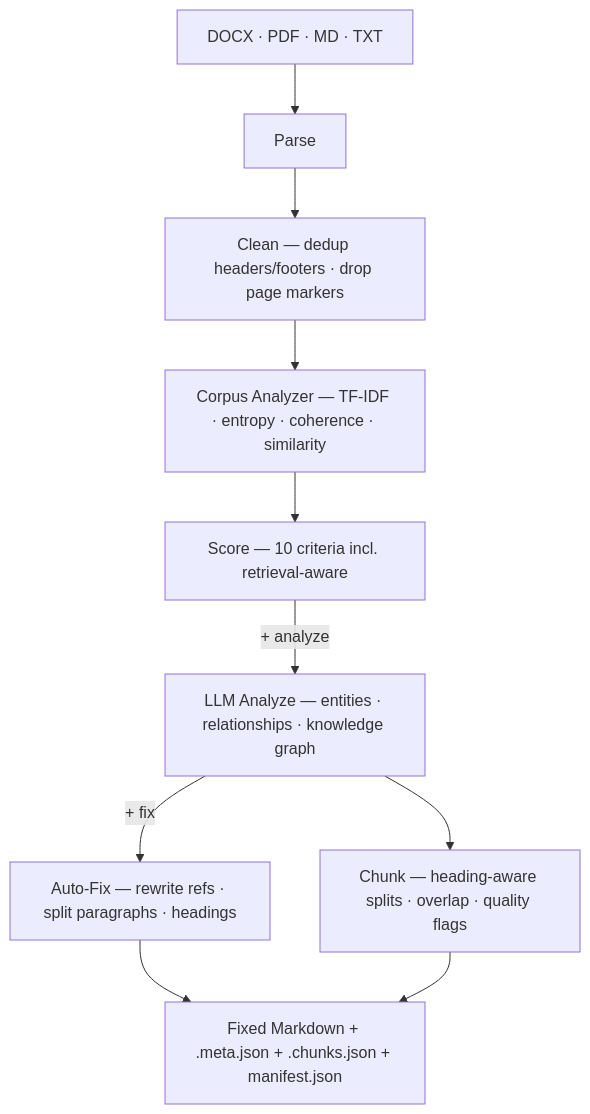
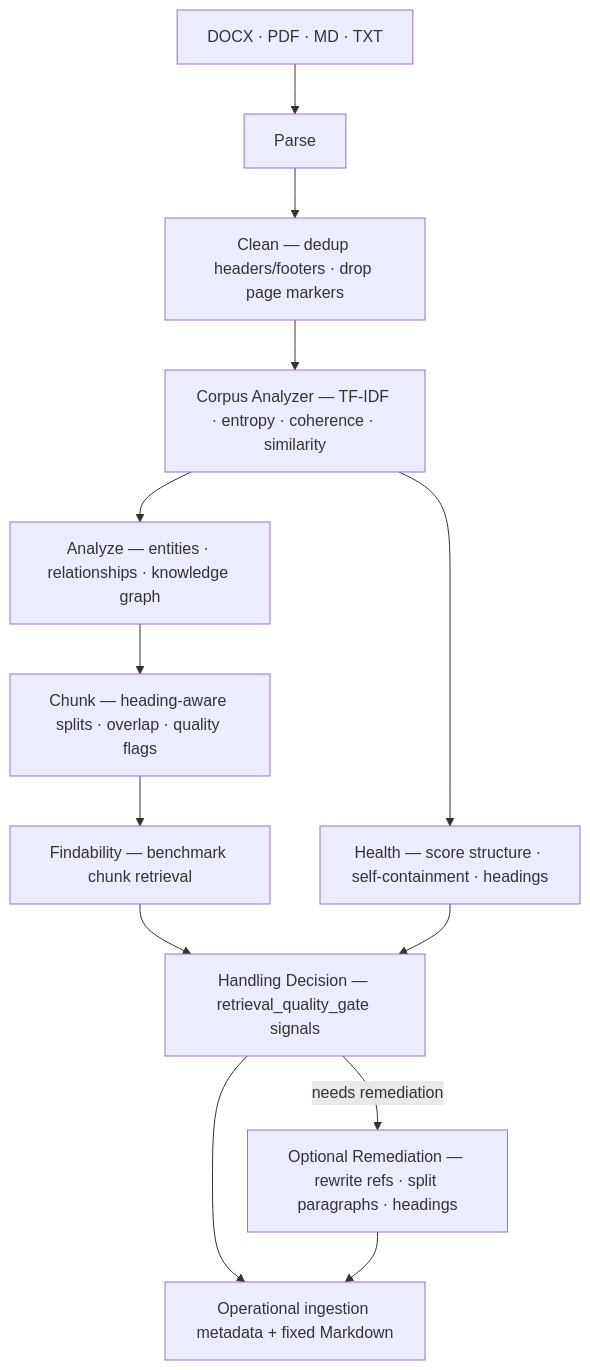
Before and after one commit to Agentic-Studio-Labs/kb-prep: the diagram in README.md, drawn with Mermaid. The commit also changed other lines of this file and 13 other files, not shown here.

````diff
--- a/README.md
+++ b/README.md
@@ -26,19 +26,21 @@
 ```mermaid
 flowchart TD
     Input[DOCX · PDF · MD · TXT]
     Parse[Parse]
     Clean[Clean — dedup headers/footers · drop page markers]
     CA[Corpus Analyzer — TF-IDF · entropy · coherence · similarity]
-    Score[Score — 10 criteria incl. retrieval-aware]
-    Analyze[LLM Analyze — entities · relationships · knowledge graph]
+    Health[Health — score structure · self-containment · headings]
+    Analyze[Analyze — entities · relationships · knowledge graph]
     Chunk[Chunk — heading-aware splits · overlap · quality flags]
-    Fix[Auto-Fix — rewrite refs · split paragraphs · headings]
-    Output[Fixed Markdown + .meta.json + .chunks.json + manifest.json]
+    Benchmark[Findability — benchmark chunk retrieval]
+    Gate[Handling Decision — retrieval_quality_gate signals]
+    Fix[Optional Remediation — rewrite refs · split paragraphs · headings]
+    Output[Operational ingestion metadata + fixed Markdown]
 
-    Input --> Parse --> Clean --> CA --> Score
-    Score -->|+ analyze| Analyze
-    Analyze --> Chunk
-    Analyze -->|+ fix| Fix
-    Fix --> Output
-    Chunk --> Output
+    Input --> Parse --> Clean --> CA --> Health
+    CA --> Analyze
+    Analyze --> Chunk --> Benchmark --> Gate
+    Health --> Gate
+    Gate --> Output
+    Gate -->|needs remediation| Fix --> Output
 ```
````
